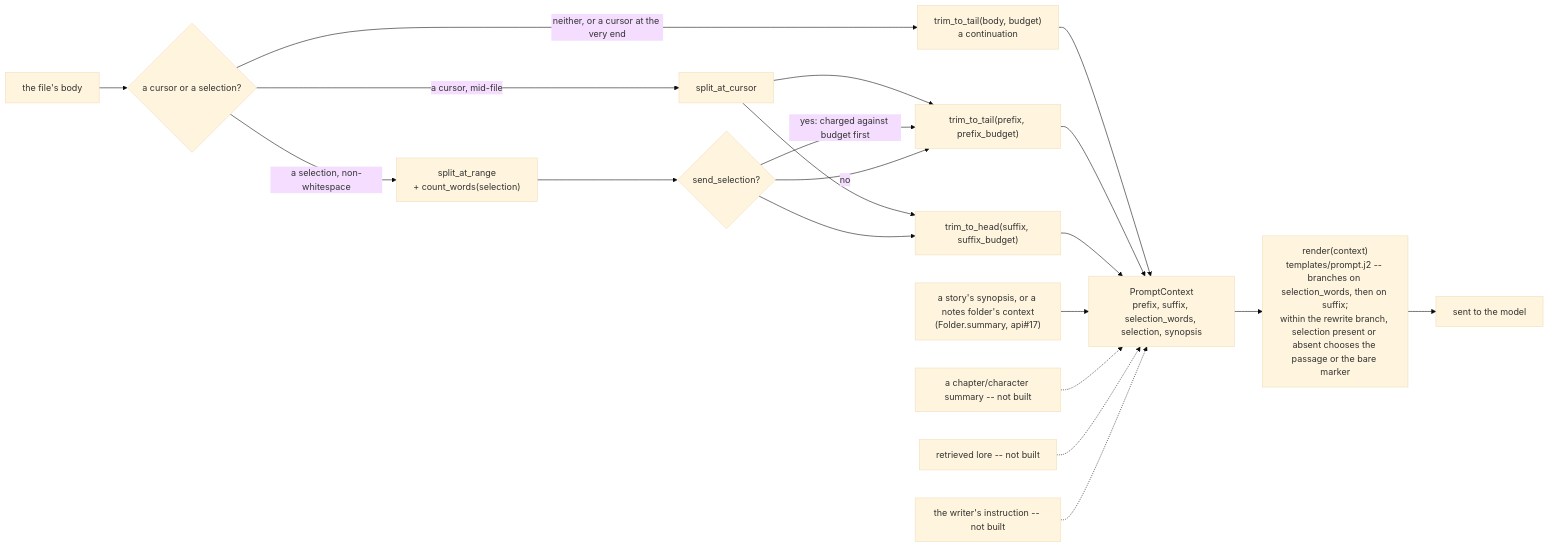
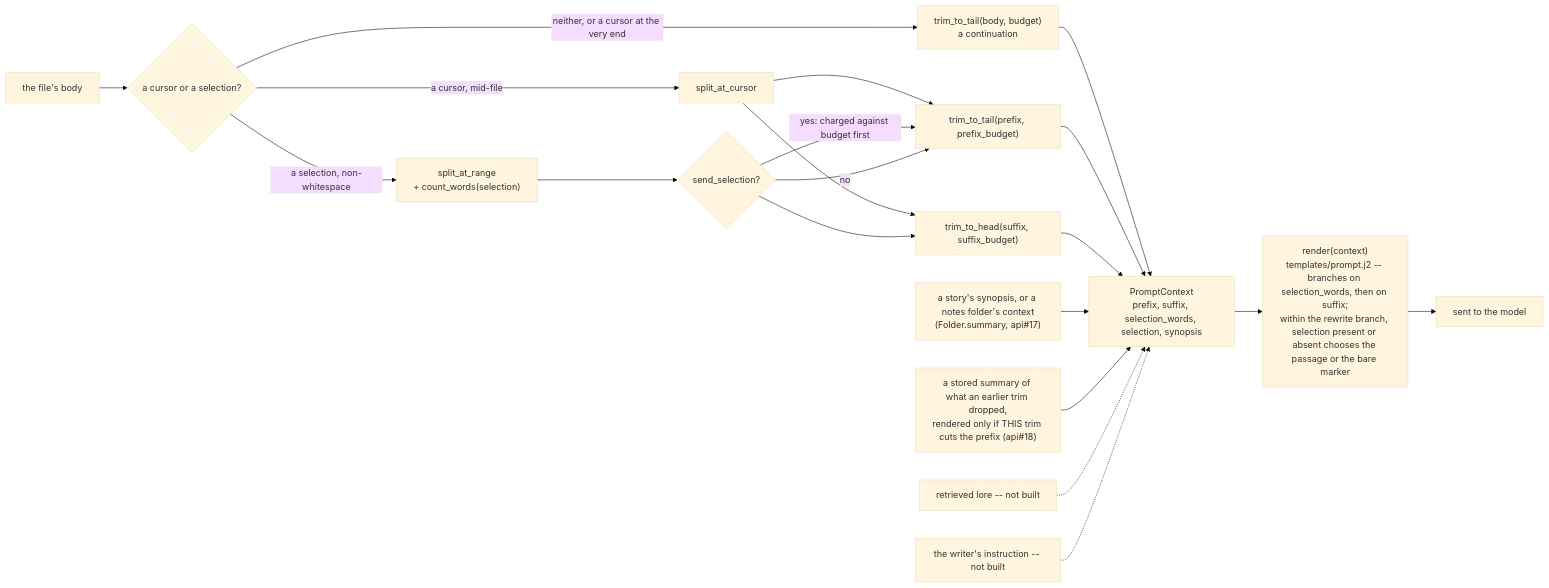
Before and after one commit to InkSpireEditor/inkspire-api: the second of 2 diagrams in docs/prompt.md, drawn with Mermaid (base theme). The commit also changed other lines of this file and 23 other files, not shown here.

First line of the commit message:
Summarise what a generation's prompt budget trims off a chapter (api#18)

````diff
--- a/docs/prompt.md
+++ b/docs/prompt.md
@@ -43,23 +43,23 @@
 ```mermaid
 flowchart LR
     B["the file's body"] --> X{"a cursor or a selection?"}
     X -->|neither, or a cursor at the very end| T["trim_to_tail(body, budget)<br/>a continuation"]
     X -->|a cursor, mid-file| P["split_at_cursor"]
     X -->|a selection, non-whitespace| S["split_at_range<br/>+ count_words(selection)"]
     P --> TP["trim_to_tail(prefix, prefix_budget)"]
     P --> TS["trim_to_head(suffix, suffix_budget)"]
     S --> PB{"send_selection?"}
     PB -->|"yes: charged against budget first"| TP
     PB -->|"no"| TP
     PB --> TS
     T --> C["PromptContext<br/>prefix, suffix, selection_words, selection, synopsis"]
     TP --> C
     TS --> C
     C --> R["render(context)<br/>templates/prompt.j2 -- branches on selection_words, then on suffix;<br/>within the rewrite branch, selection present or absent chooses the passage or the bare marker"]
     R --> M["sent to the model"]
 
     Y["a story's synopsis, or a notes folder's context<br/>(Folder.summary, api#17)"] --> C
-    H["a chapter/character summary -- not built"] -.-> C
+    Z["a stored summary of what an earlier trim dropped,<br/>rendered only if THIS trim cuts the prefix (api#18)"] --> C
     L["retrieved lore -- not built"] -.-> C
     I["the writer's instruction -- not built"] -.-> C
 ```
````
